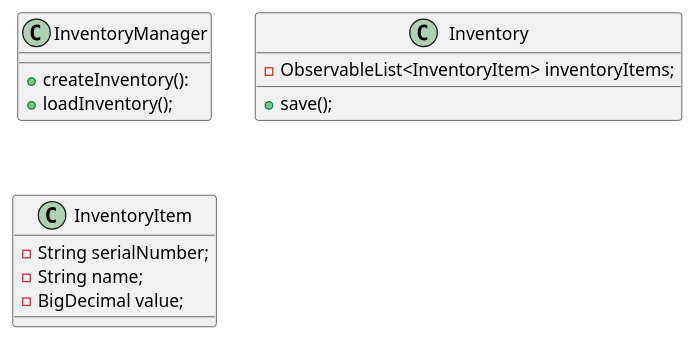
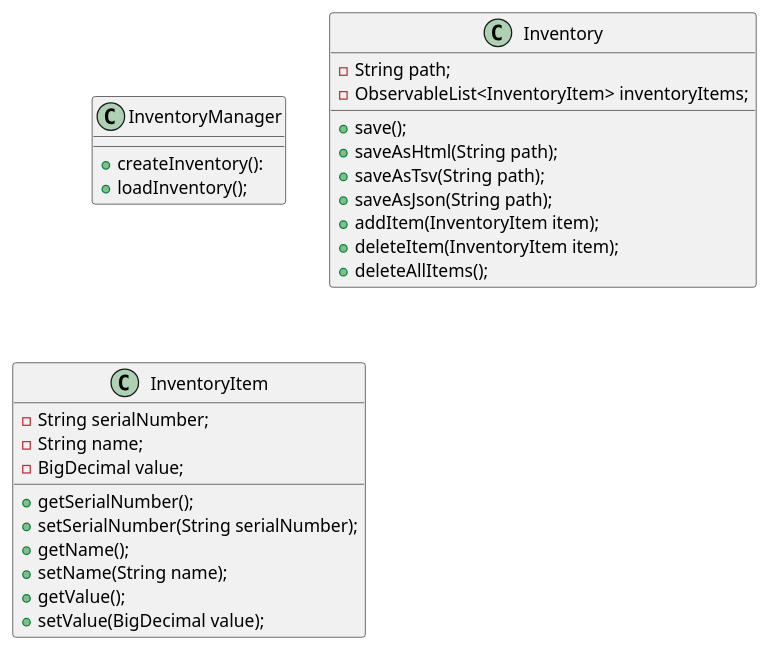
The diagram in docs/InventoryManagement.puml (RyanTheGuyInSpace/hodge-app2), drawn with PlantUML before and after one commit.

Commit message:
Updated UML diagrams

```diff
--- a/docs/InventoryManagement.puml
+++ b/docs/InventoryManagement.puml
@@ -1,25 +1,35 @@
 @startuml
 
 class InventoryManager {
 
     +createInventory():
     +loadInventory();
 }
 
 class Inventory {
+    -String path;
     -ObservableList<InventoryItem> inventoryItems;
 
     +save();
-
+    +saveAsHtml(String path);
+    +saveAsTsv(String path);
+    +saveAsJson(String path);
+    +addItem(InventoryItem item);
+    +deleteItem(InventoryItem item);
+    +deleteAllItems();
 }
 
 class InventoryItem {
     -String serialNumber;
     -String name;
     -BigDecimal value;
 
-
-
+    +getSerialNumber();
+    +setSerialNumber(String serialNumber);
+    +getName();
+    +setName(String name);
+    +getValue();
+    +setValue(BigDecimal value);
 }
 
 @enduml
```
